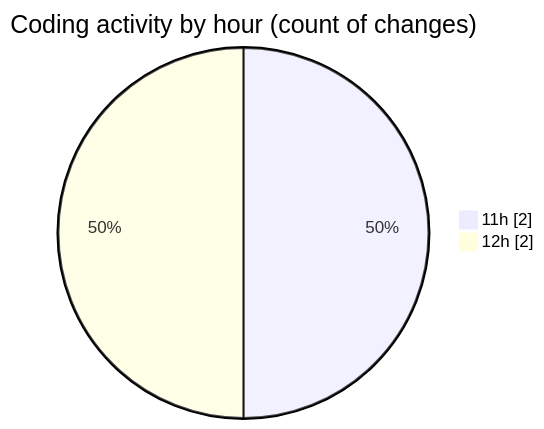
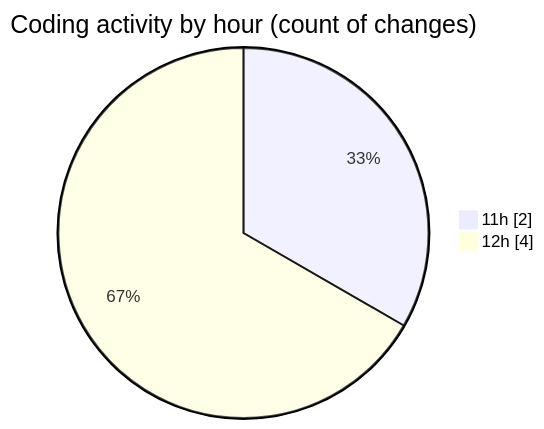
The second of 2 diagrams in 2025-11-10/nxtqube_webapp/README.md (nxtqubesakshisongat/code-tracking), drawn with Mermaid before and after one commit. The commit also changed other lines of this file and 1 other file, not shown here.

````diff
--- a/2025-11-10/nxtqube_webapp/README.md
+++ b/2025-11-10/nxtqube_webapp/README.md
@@ -30,6 +33,6 @@
 ```mermaid
 pie showData
 title Coding activity by hour (count of changes)
 "11h" : 2
-"12h" : 2
+"12h" : 4
 ```
````
